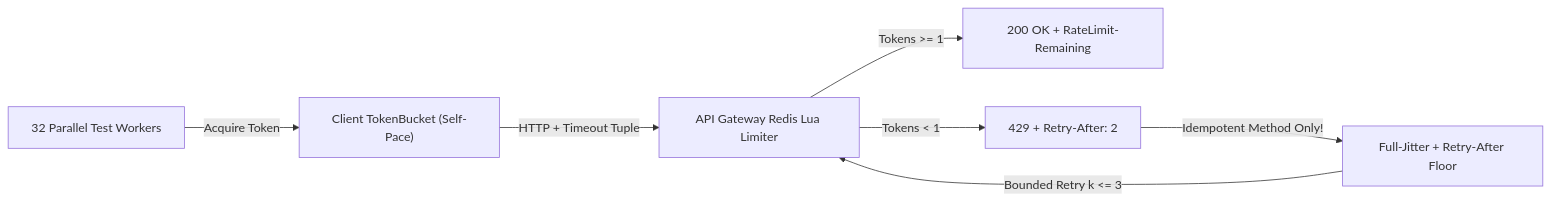
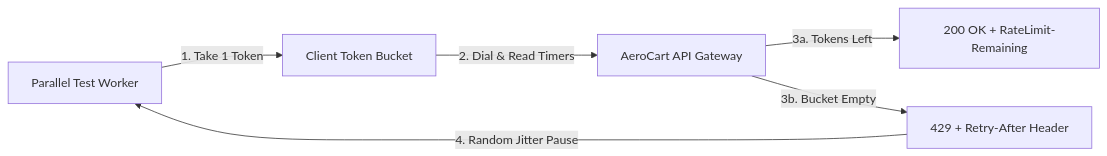
Before and after one commit to manjunathk833/codingforinterviews: the diagram in knowledgebase/04-api-and-api-automation/05-rate-limiting-token-buckets-and-timeouts.md, drawn with Mermaid. The commit also changed other lines of this file and 55 other files, not shown here.

````diff
--- a/knowledgebase/04-api-and-api-automation/05-rate-limiting-token-buckets-and-timeouts.md
+++ b/knowledgebase/04-api-and-api-automation/05-rate-limiting-token-buckets-and-timeouts.md
@@ -67,9 +104,8 @@
 ```mermaid
 flowchart LR
-  Worker["32 Parallel Test Workers"] -->|Acquire Token| LocalTB["Client TokenBucket (Self-Pace)"]
-  LocalTB -->|HTTP + Timeout Tuple| GW["API Gateway Redis Lua Limiter"]
-  GW -->|Tokens >= 1| OK["200 OK + RateLimit-Remaining"]
-  GW -->|Tokens < 1| Throttle["429 + Retry-After: 2"]
-  Throttle -->|Idempotent Method Only!| Jitter["Full-Jitter + Retry-After Floor"]
-  Jitter -->|Bounded Retry k <= 3| GW
+  Worker["Parallel Test Worker"] -->|1. Take 1 Token| Bucket["Client Token Bucket"]
+  Bucket -->|2. Dial & Read Timers| Gateway["AeroCart API Gateway"]
+  Gateway -->|3a. Tokens Left| OK["200 OK + RateLimit-Remaining"]
+  Gateway -->|3b. Bucket Empty| Wait["429 + Retry-After Header"]
+  Wait -->|4. Random Jitter Pause| Worker
 ```
````
